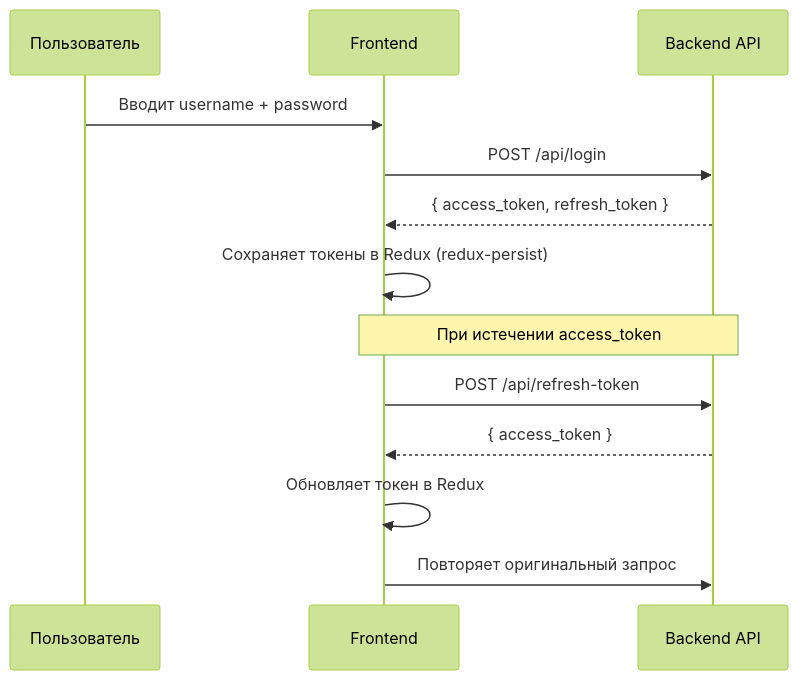
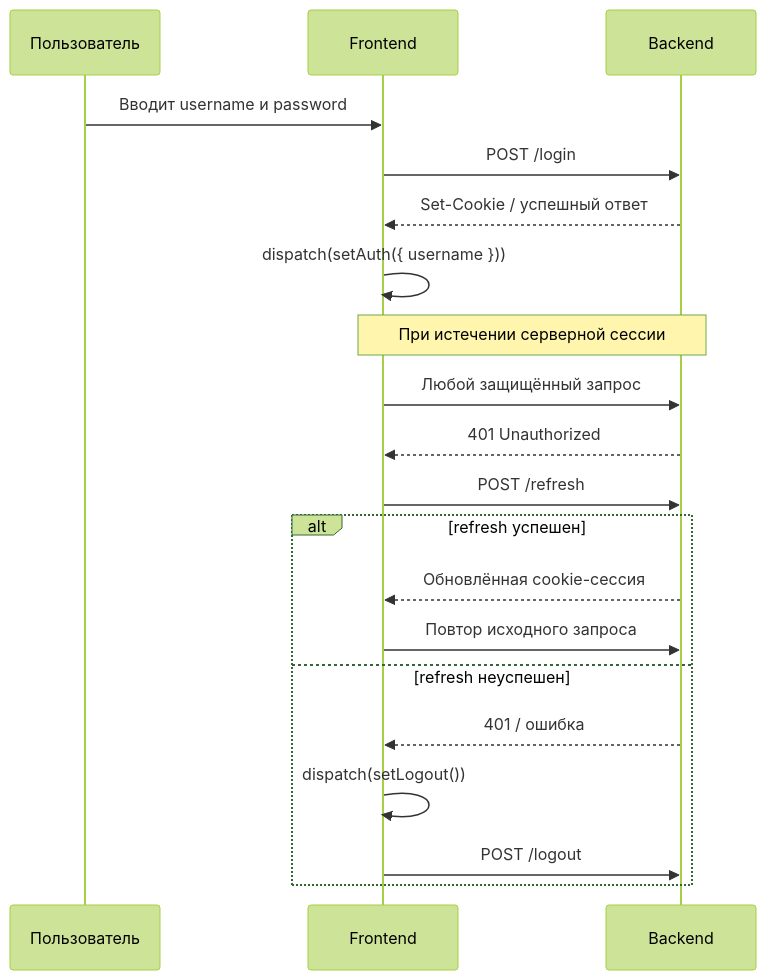
One commit to stefashka2810/LogBoard changed the third of 5 diagrams in docs/architecture.md. Above: the diagram before and after it, drawn with Mermaid (forest theme). The commit also changed other lines of this file and 1 other file, not shown here.

````diff
--- a/docs/architecture.md
+++ b/docs/architecture.md
@@ -78,17 +170,24 @@
 ```mermaid
 sequenceDiagram
     participant U as Пользователь
     participant F as Frontend
-    participant B as Backend API
+    participant B as Backend
 
-    U->>F: Вводит username + password
-    F->>B: POST /api/login
-    B-->>F: { access_token, refresh_token }
-    F->>F: Сохраняет токены в Redux (redux-persist)
+    U->>F: Вводит username и password
+    F->>B: POST /login
+    B-->>F: Set-Cookie / успешный ответ
+    F->>F: dispatch(setAuth({ username }))
 
-    Note over F,B: При истечении access_token
-    F->>B: POST /api/refresh-token
-    B-->>F: { access_token }
-    F->>F: Обновляет токен в Redux
-    F->>B: Повторяет оригинальный запрос
+    Note over F,B: При истечении серверной сессии
+    F->>B: Любой защищённый запрос
+    B-->>F: 401 Unauthorized
+    F->>B: POST /refresh
+    alt refresh успешен
+        B-->>F: Обновлённая cookie-сессия
+        F->>B: Повтор исходного запроса
+    else refresh неуспешен
+        B-->>F: 401 / ошибка
+        F->>F: dispatch(setLogout())
+        F->>B: POST /logout
+    end
 ```
````
